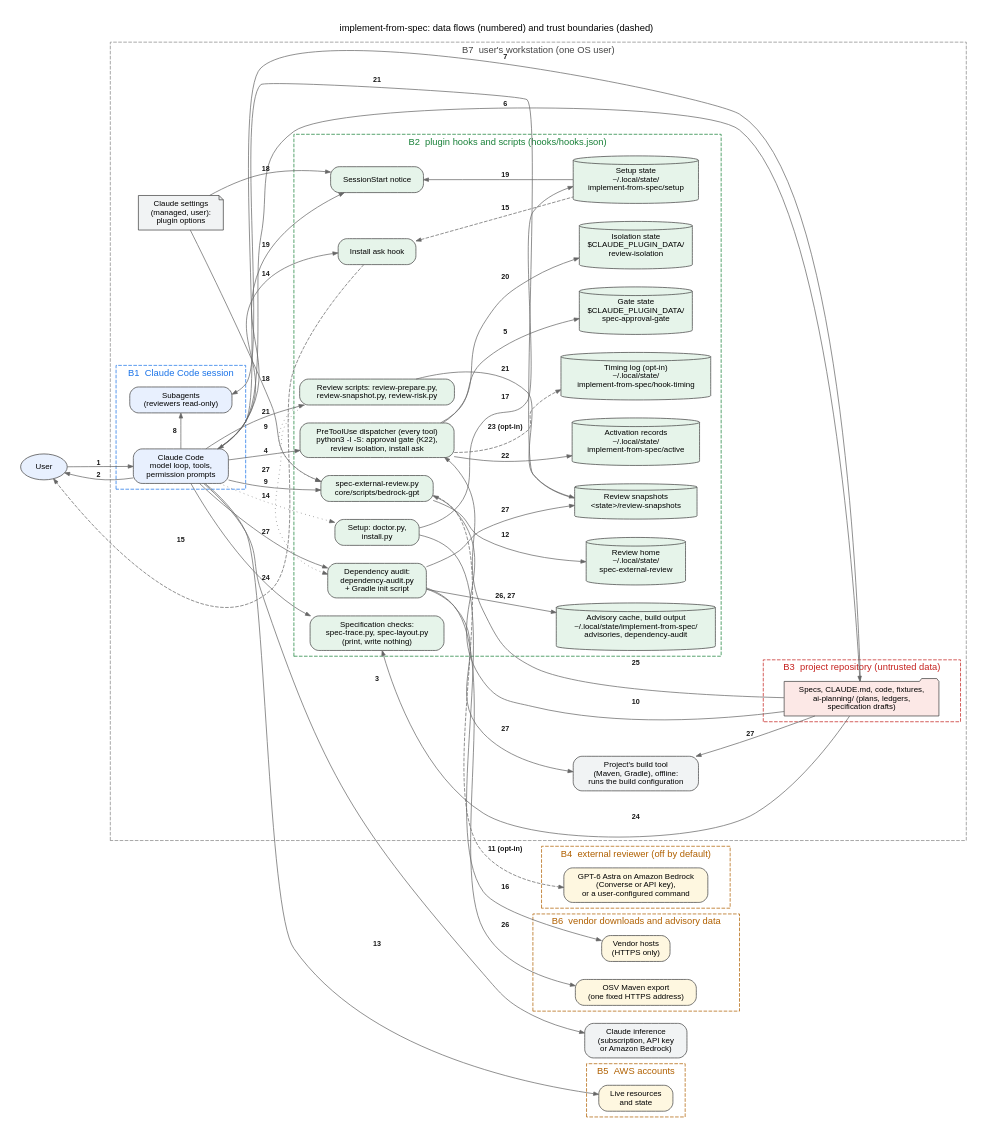
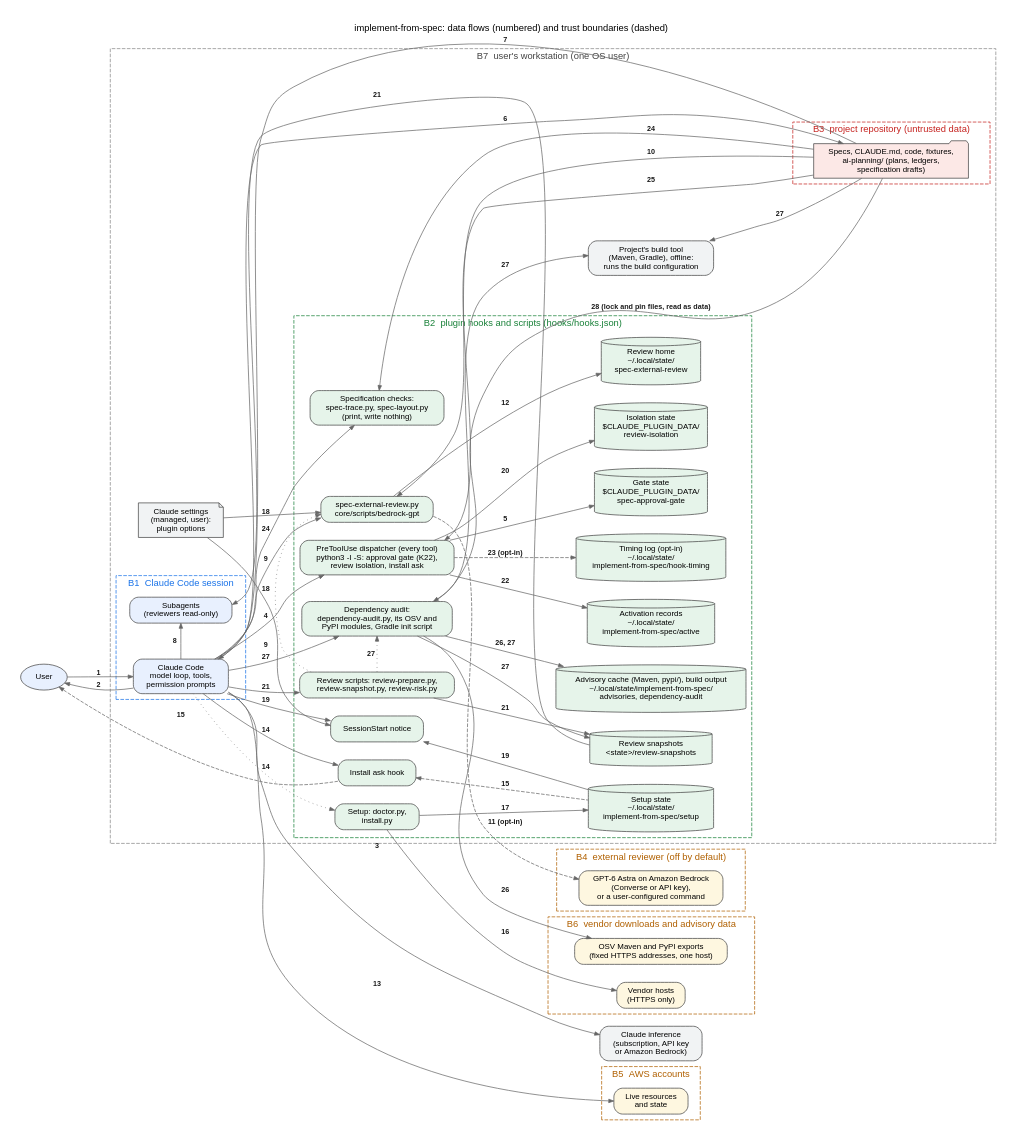
Before and after one commit to awslabs/implement-from-spec: the diagram in docs/security/threat-model.dot, drawn with Graphviz. The commit also changed 26 other files, not shown here.

Commit message:
implement-from-spec 0.3.0 candidate c28728a (#6)

```diff
--- a/docs/security/threat-model.dot
+++ b/docs/security/threat-model.dot
@@ -1,114 +1,115 @@
 // Data flows and trust boundaries of the implement-from-spec plugin (docs/security/threat-model.md).
 // Edge numbers are the flows of the threat model's "Data flows" list. Only what a release ships is drawn;
 // the maintainers' test harness is out of scope.
 // Render: dot -Tsvg docs/security/threat-model.dot -o docs/security/threat-model.svg
 digraph threat_model {
   graph [rankdir=LR, newrank=true, fontname="Helvetica", fontsize=13, nodesep=0.35, ranksep=1.1, pad=0.3,
          splines=true, label="implement-from-spec: data flows (numbered) and trust boundaries (dashed)",
          labelloc=t];
   node  [fontname="Helvetica", fontsize=11, shape=box, style="rounded,filled", fillcolor="#FFFFFF",
          color="#444444", margin="0.15,0.08"];
   edge  [fontname="Helvetica-Bold", fontsize=10, fontcolor="#1A1A1A", color="#666666", arrowsize=0.7];
 
   user [label="User", shape=ellipse, fillcolor="#E8F0FE"];
 
   subgraph cluster_workstation {
     label="B7  user's workstation (one OS user)"; style="dashed"; color="#888888"; fontcolor="#444444";
 
     subgraph cluster_claude {
       label="B1  Claude Code session"; style="dashed"; color="#1A73E8"; fontcolor="#1A73E8";
       claude [label="Claude Code\nmodel loop, tools,\npermission prompts", fillcolor="#E8F0FE"];
       subagents [label="Subagents\n(reviewers read-only)", fillcolor="#E8F0FE"];
     }
 
     settings [label="Claude settings\n(managed, user):\nplugin options", shape=note, fillcolor="#F1F3F4"];
     buildtool [label="Project's build tool\n(Maven, Gradle), offline:\nruns the build configuration", fillcolor="#F1F3F4"];
 
     subgraph cluster_plugin {
       label="B2  plugin hooks and scripts (hooks/hooks.json)"; style="dashed"; color="#188038"; fontcolor="#188038";
       gate [label="PreToolUse dispatcher (every tool)\npython3 -I -S: approval gate (K22),\nreview isolation, install ask", fillcolor="#E6F4EA"];
       askhook [label="Install ask hook", fillcolor="#E6F4EA"];
       notice [label="SessionStart notice", fillcolor="#E6F4EA"];
       review [label="spec-external-review.py\ncore/scripts/bedrock-gpt", fillcolor="#E6F4EA"];
       revscripts [label="Review scripts: review-prepare.py,\nreview-snapshot.py, review-risk.py", fillcolor="#E6F4EA"];
       speccheck [label="Specification checks:\nspec-trace.py, spec-layout.py\n(print, write nothing)", fillcolor="#E6F4EA"];
       installer [label="Setup: doctor.py,\ninstall.py", fillcolor="#E6F4EA"];
-      audit [label="Dependency audit:\ndependency-audit.py\n+ Gradle init script", fillcolor="#E6F4EA"];
+      audit [label="Dependency audit:\ndependency-audit.py, its OSV and\nPyPI modules, Gradle init script", fillcolor="#E6F4EA"];
       gatestate [label="Gate state\n$CLAUDE_PLUGIN_DATA/\nspec-approval-gate", shape=cylinder, fillcolor="#E6F4EA"];
       isostate [label="Isolation state\n$CLAUDE_PLUGIN_DATA/\nreview-isolation", shape=cylinder, fillcolor="#E6F4EA"];
       reviewhome [label="Review home\n~/.local/state/\nspec-external-review", shape=cylinder, fillcolor="#E6F4EA"];
       setupstate [label="Setup state\n~/.local/state/\nimplement-from-spec/setup", shape=cylinder, fillcolor="#E6F4EA"];
       snapshots [label="Review snapshots\n<state>/review-snapshots", shape=cylinder, fillcolor="#E6F4EA"];
       active [label="Activation records\n~/.local/state/\nimplement-from-spec/active", shape=cylinder, fillcolor="#E6F4EA"];
       timing [label="Timing log (opt-in)\n~/.local/state/\nimplement-from-spec/hook-timing", shape=cylinder, fillcolor="#E6F4EA"];
-      auditstate [label="Advisory cache, build output\n~/.local/state/implement-from-spec/\nadvisories, dependency-audit", shape=cylinder, fillcolor="#E6F4EA"];
+      auditstate [label="Advisory cache (Maven, pypi/), build output\n~/.local/state/implement-from-spec/\nadvisories, dependency-audit", shape=cylinder, fillcolor="#E6F4EA"];
     }
 
     subgraph cluster_repo {
       label="B3  project repository (untrusted data)"; style="dashed"; color="#C5221F"; fontcolor="#C5221F";
       repo [label="Specs, CLAUDE.md, code, fixtures,\nai-planning/ (plans, ledgers,\nspecification drafts)", shape=folder, fillcolor="#FCE8E6"];
     }
   }
 
   inference [label="Claude inference\n(subscription, API key\nor Amazon Bedrock)", fillcolor="#F1F3F4"];
 
   subgraph cluster_reviewer {
     label="B4  external reviewer (off by default)"; style="dashed"; color="#B06000"; fontcolor="#B06000";
     reviewer [label="GPT-6 Astra on Amazon Bedrock\n(Converse or API key),\nor a user-configured command", fillcolor="#FEF7E0"];
   }
   subgraph cluster_aws {
     label="B5  AWS accounts"; style="dashed"; color="#B06000"; fontcolor="#B06000";
     aws [label="Live resources\nand state", fillcolor="#FEF7E0"];
   }
   subgraph cluster_vendors {
     label="B6  vendor downloads and advisory data"; style="dashed"; color="#B06000"; fontcolor="#B06000";
     vendors [label="Vendor hosts\n(HTTPS only)", fillcolor="#FEF7E0"];
-    osv [label="OSV Maven export\n(one fixed HTTPS address)", fillcolor="#FEF7E0"];
+    osv [label="OSV Maven and PyPI exports\n(fixed HTTPS addresses, one host)", fillcolor="#FEF7E0"];
   }
 
   { rank=same; claude; subagents; }
   { rank=same; gate; askhook; notice; review; revscripts; speccheck; installer; audit; }
   { rank=same; gatestate; reviewhome; setupstate; snapshots; }
   { rank=same; inference; reviewer; aws; vendors; osv; }
 
   user -> claude [label="1"];
   claude -> user [label="2"];
   claude -> inference [label="3"];
   claude -> gate [label="4"];
   gate -> gatestate [label="5"];
   claude -> repo [label="6"];
   repo -> claude [label="7"];
   claude -> subagents [label="8"];
   claude -> review [label="9"];
   review -> repo [label="10", dir=back];
   review -> reviewer [label="11 (opt-in)", style=dashed];
   review -> reviewhome [label="12"];
   claude -> aws [label="13"];
   claude -> askhook [label="14"];
   claude -> installer [label="14", style=dotted];
   askhook -> user [label="15", style=dashed, constraint=false];
   askhook -> setupstate [label="15", dir=back, style=dashed];
   installer -> vendors [label="16"];
   installer -> setupstate [label="17"];
   settings -> review [label="18"];
   settings -> notice [label="18"];
   claude -> notice [label="19"];
   notice -> setupstate [label="19", dir=back];
   gate -> isostate [label="20"];
   claude -> revscripts [label="21"];
   revscripts -> snapshots [label="21"];
   snapshots -> subagents [label="21", constraint=false];
   revscripts -> review [label="9", style=dotted];
   gate -> active [label="22"];
   gate -> timing [label="23 (opt-in)", style=dashed];
   claude -> speccheck [label="24"];
   speccheck -> repo [label="24", dir=back];
   gate -> repo [label="25", dir=back];
   audit -> osv [label="26"];
   audit -> auditstate [label="26, 27"];
   revscripts -> audit [label="27", style=dotted];
   claude -> audit [label="27"];
   audit -> buildtool [label="27"];
   buildtool -> repo [label="27", dir=back];
   audit -> snapshots [label="27"];
+  audit -> repo [label="28 (lock and pin files, read as data)", dir=back];
 }
```
